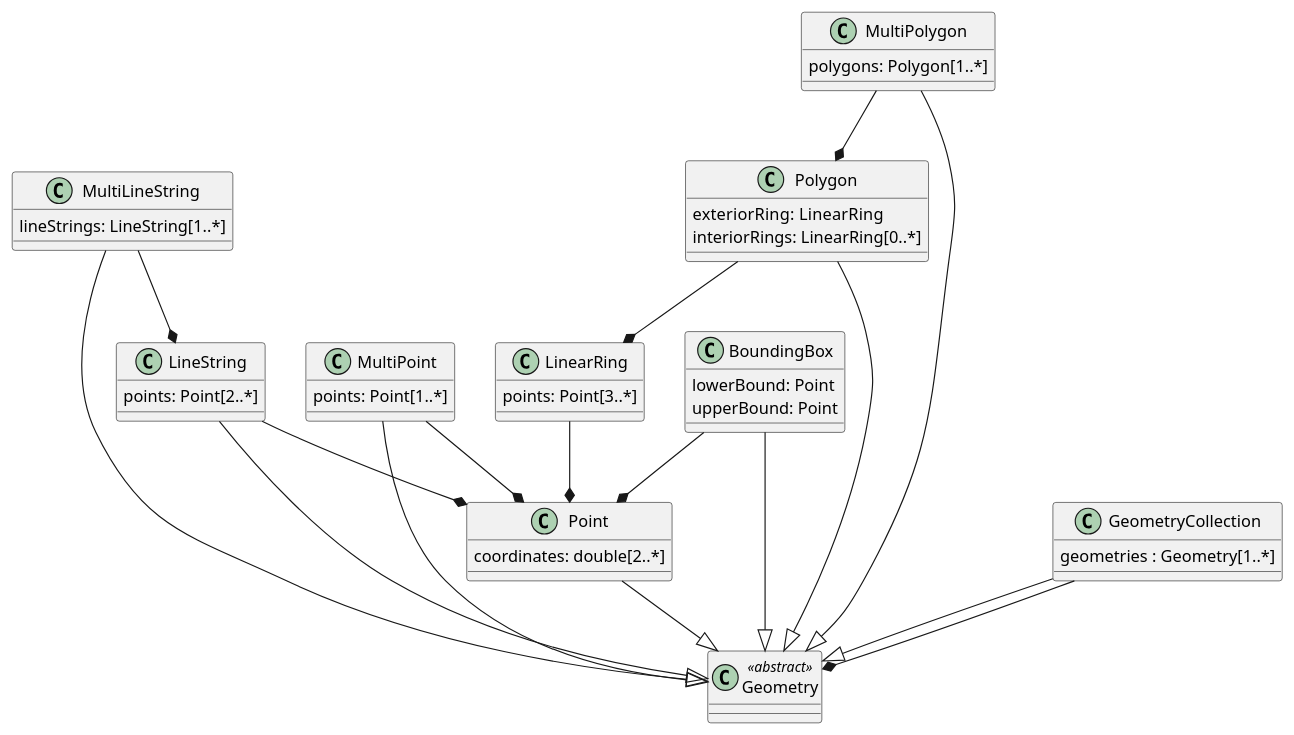
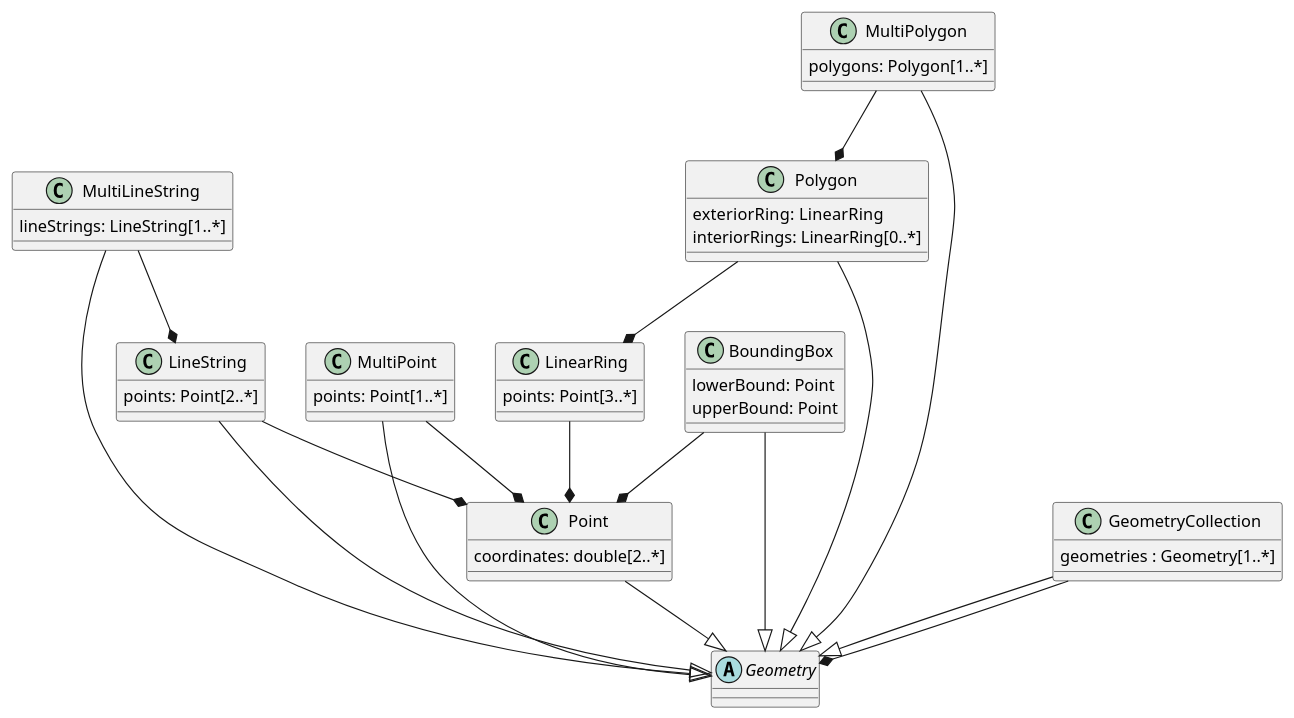
The fifth of 10 diagrams in core/sections/clause_18_functions.adoc (opengeospatial/styles-and-symbology), drawn with PlantUML before and after one commit. The commit also changed other lines of this file and 8 other files, not shown here.

Commit message:
correction to plantuml naming conventions

```diff
--- a/core/sections/clause_18_functions.adoc
+++ b/core/sections/clause_18_functions.adoc
@@ -193,40 +193,40 @@
 [plantuml, target=diagram-classes, format=png]
 ....
-class Geometry <<abstract>>
+abstract class Geometry
 
 Point : coordinates: double[2..*]
 Point --|> Geometry
 
 MultiPoint --|> Geometry
 MultiPoint : points: Point[1..*]
 MultiPoint --* Point
 
 LineString --|> Geometry
 LineString : points: Point[2..*]
 LineString --* Point
 
 MultiLineString --|> Geometry
 MultiLineString : lineStrings: LineString[1..*]
 MultiLineString --* LineString
 
 LinearRing : points: Point[3..*]
 LinearRing --* Point
 
 Polygon --|> Geometry
 Polygon : exteriorRing:  LinearRing
 Polygon : interiorRings: LinearRing[0..*]
 Polygon --* LinearRing
 
 MultiPolygon --|> Geometry
 MultiPolygon : polygons: Polygon[1..*]
 MultiPolygon --* Polygon
 
 GeometryCollection --|> Geometry
 GeometryCollection : geometries : Geometry[1..*]
 GeometryCollection --* Geometry
 
 BoundingBox --|> Geometry
 BoundingBox : lowerBound: Point
 BoundingBox : upperBound: Point
 BoundingBox --* Point
 ....
```
